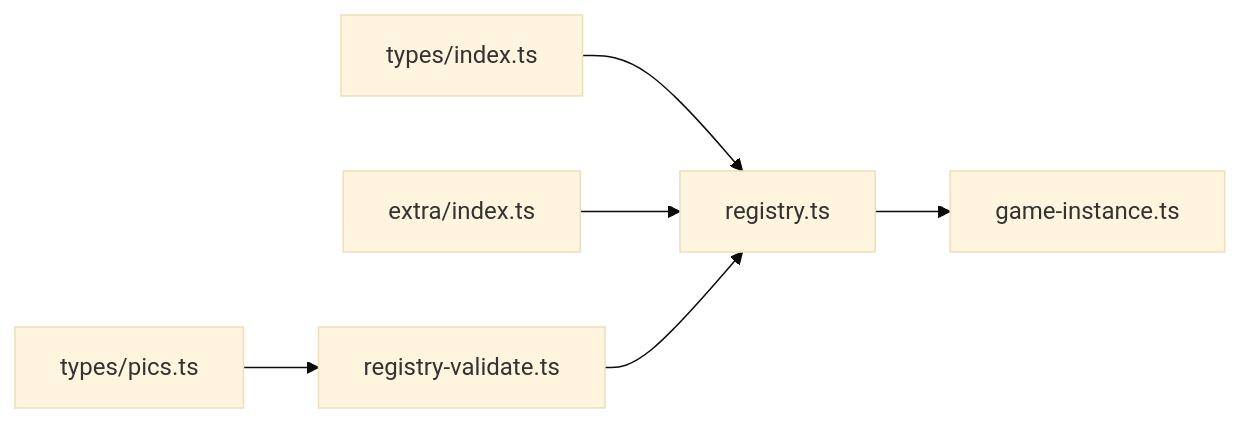
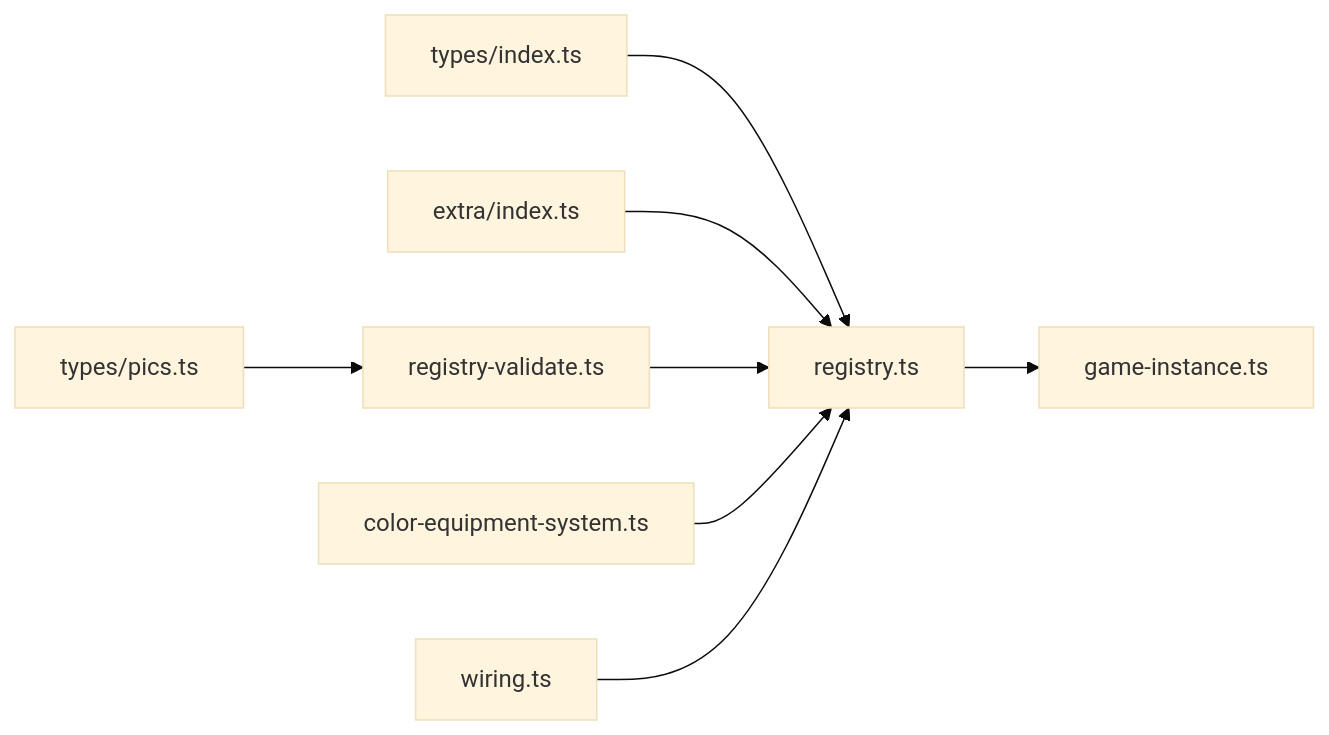
Before and after one commit to EsiLA9/Arona-Clicker: the eighth of 8 diagrams in .qoder/repowiki/zh/content/数据系统/注册表系统.md, drawn with Mermaid (base theme). The commit also changed other lines of this file and 76 other files, not shown here.

````diff
--- a/.qoder/repowiki/zh/content/数据系统/注册表系统.md
+++ b/.qoder/repowiki/zh/content/数据系统/注册表系统.md
@@ -262,8 +324,10 @@
 ```mermaid
 graph LR
 T["types/index.ts"] --> REG["registry.ts"]
 EX["extra/index.ts"] --> REG
 PICS["types/pics.ts"] --> VAL["registry-validate.ts"]
 REG --> GI["game-instance.ts"]
 VAL --> REG
+COLOR_SYS["color-equipment-system.ts"] --> REG
+WIRING["wiring.ts"] --> REG
 ```
````
